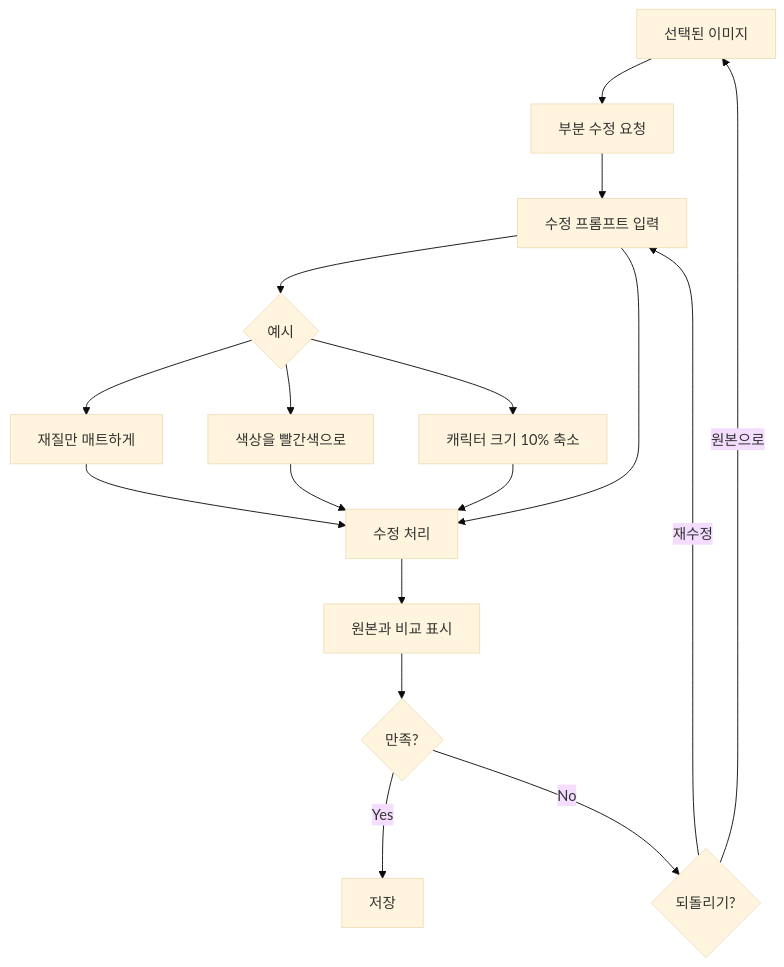
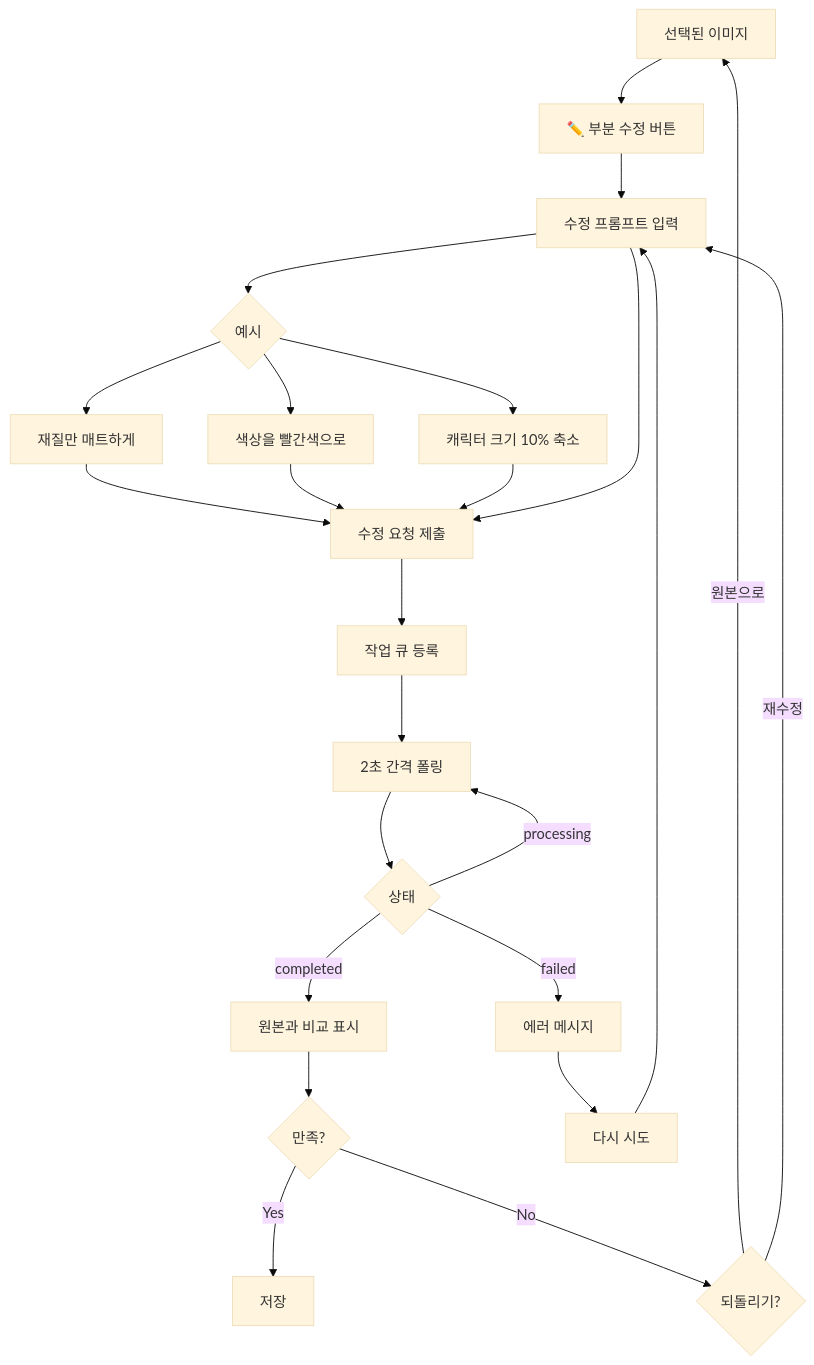
One commit to sangwopark19/icons-ai-mockup changed the seventh of 11 diagrams in docs/USER_JOURNEY.md. Above: the diagram before and after it, drawn with Mermaid (base theme). The commit also changed other lines of this file and 7 other files, not shown here.

````diff
--- a/docs/USER_JOURNEY.md
+++ b/docs/USER_JOURNEY.md
@@ -319,24 +335,32 @@
 ```mermaid
 flowchart TB
-    Selected[선택된 이미지] --> EditRequest[부분 수정 요청]
-    EditRequest --> Input[수정 프롬프트 입력]
-    
+    Selected[선택된 이미지] --> EditBtn[✏️ 부분 수정 버튼]
+    EditBtn --> Input[수정 프롬프트 입력]
+
     Input --> Examples{예시}
     Examples --> Ex1["재질만 매트하게"]
     Examples --> Ex2["색상을 빨간색으로"]
     Examples --> Ex3["캐릭터 크기 10% 축소"]
-    
-    Ex1 --> Process
-    Ex2 --> Process
-    Ex3 --> Process
-    Input --> Process[수정 처리]
-    
-    Process --> Compare[원본과 비교 표시]
+
+    Ex1 --> Submit
+    Ex2 --> Submit
+    Ex3 --> Submit
+    Input --> Submit[수정 요청 제출]
+
+    Submit --> Queue[작업 큐 등록]
+    Queue --> Poll[2초 간격 폴링]
+    Poll --> Status{상태}
+    Status -->|processing| Poll
+    Status -->|completed| Compare[원본과 비교 표시]
+    Status -->|failed| Error[에러 메시지]
+
     Compare --> Confirm{만족?}
-    
+
     Confirm -->|Yes| Save[저장]
     Confirm -->|No| Revert{되돌리기?}
-    
+
     Revert -->|원본으로| Selected
     Revert -->|재수정| Input
+    Error --> Retry[다시 시도]
+    Retry --> Input
 ```
````
